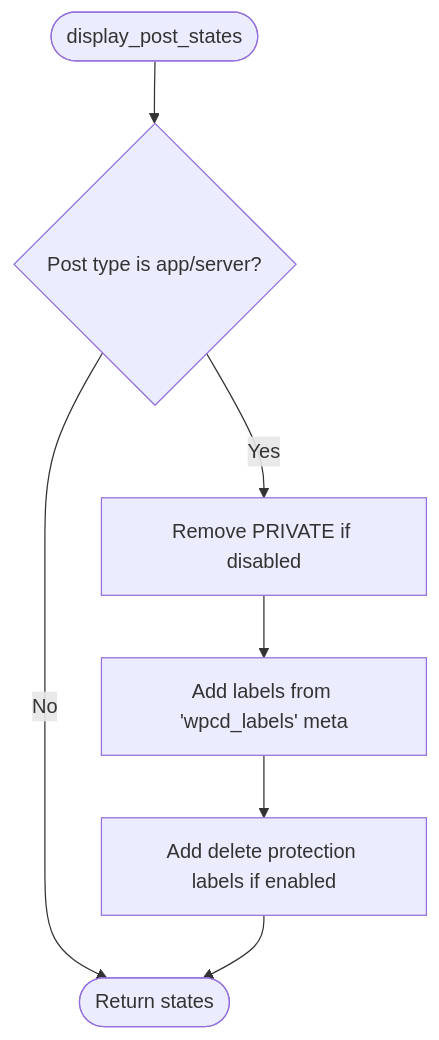
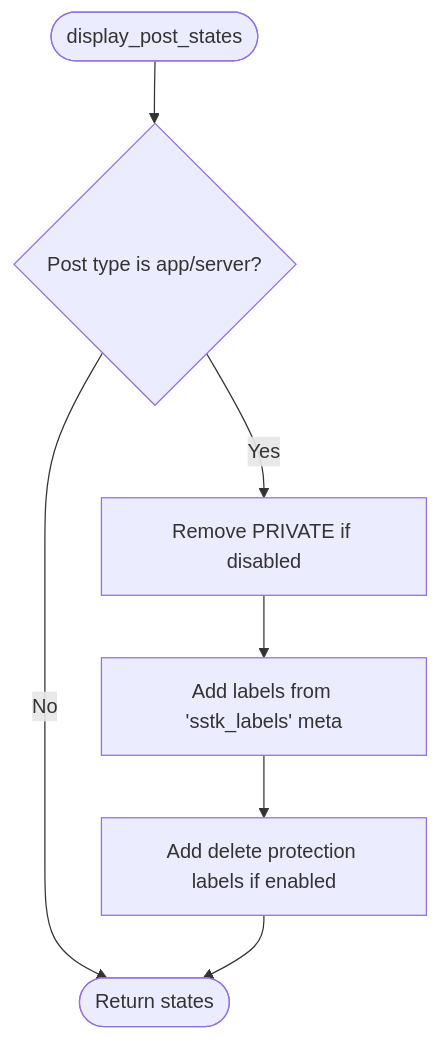
The third of 10 diagrams in .qoder/repowiki/en/content/Core Components/Data Models & Post Types.md (onedogsolutions/simple-stack), drawn with Mermaid before and after one commit. The commit also changed other lines of this file and 5941 other files, not shown here.

````diff
--- a/.qoder/repowiki/en/content/Core Components/Data Models & Post Types.md
+++ b/.qoder/repowiki/en/content/Core Components/Data Models & Post Types.md
@@ -144,9 +144,9 @@
 ```mermaid
 flowchart TD
 Start(["display_post_states"]) --> CheckType{"Post type is app/server?"}
 CheckType --> |Yes| RemovePrivate["Remove PRIVATE if disabled"]
 CheckType --> |No| End(["Return states"])
-RemovePrivate --> AddLabels["Add labels from 'wpcd_labels' meta"]
+RemovePrivate --> AddLabels["Add labels from 'sstk_labels' meta"]
 AddLabels --> AddProtection["Add delete protection labels if enabled"]
 AddProtection --> End
 ```
````
